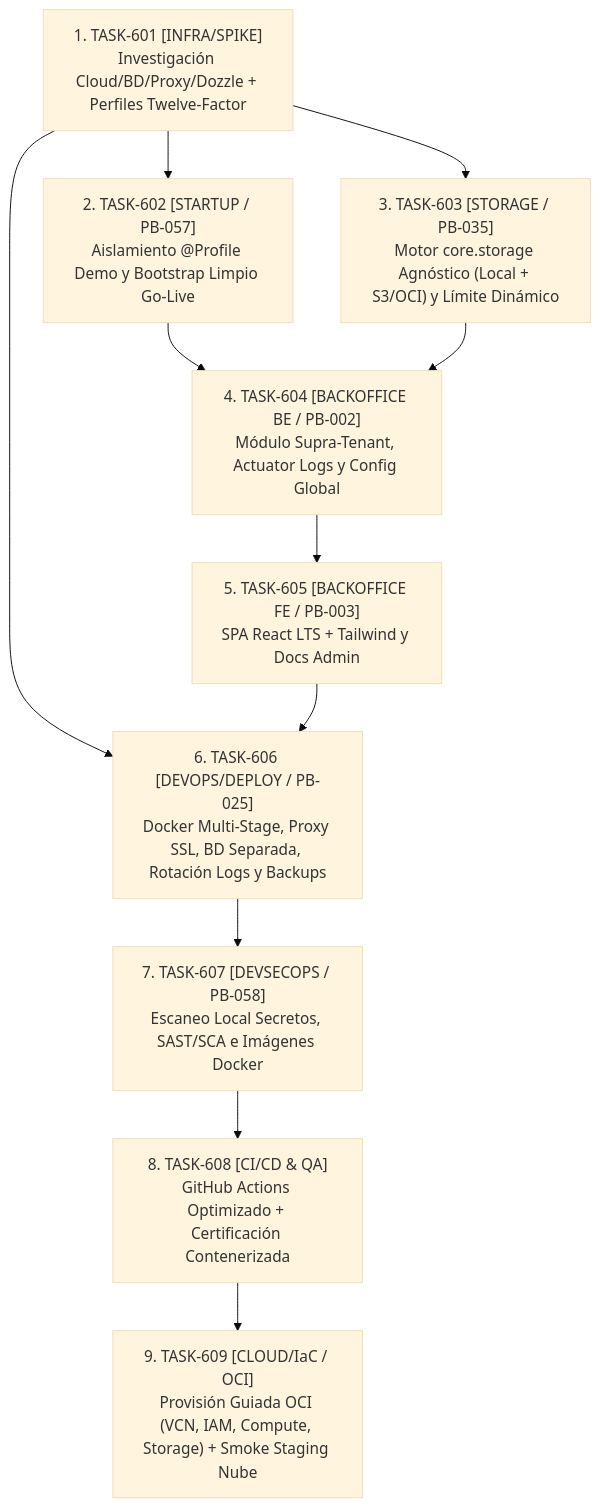
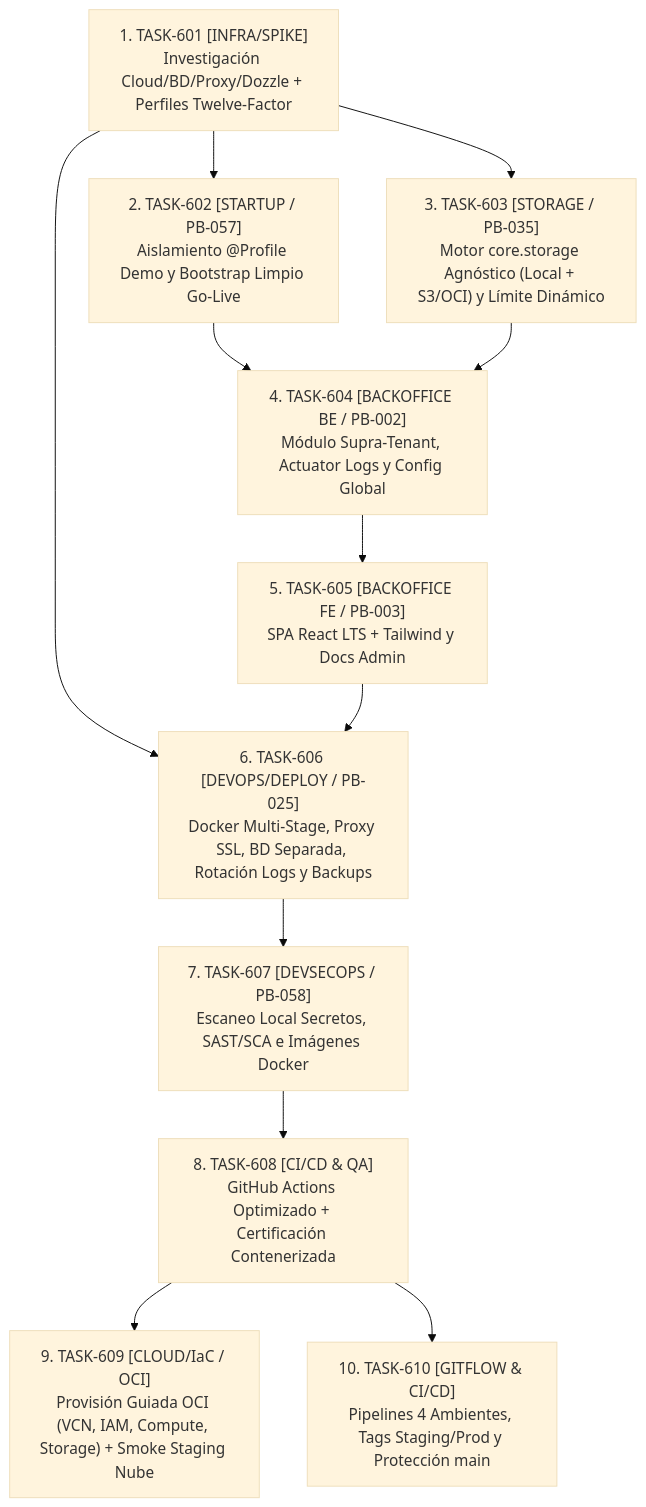
Before and after one commit to vakajose/gestion-restaurante: the diagram in docs/project/sprints/sprint_06_planning.md, drawn with Mermaid (base theme). The commit also changed other lines of this file and 5 other files, not shown here.

Commit message:
ci(gitflow): align 4-environment triggers, release tags and main protection (TASK-610)

````diff
--- a/docs/project/sprints/sprint_06_planning.md
+++ b/docs/project/sprints/sprint_06_planning.md
@@ -31,13 +31,14 @@
 ```mermaid
 flowchart TD
     T601["1. TASK-601 [INFRA/SPIKE]\nInvestigación Cloud/BD/Proxy/Dozzle + Perfiles Twelve-Factor"] --> T602["2. TASK-602 [STARTUP / PB-057]\nAislamiento @Profile Demo y Bootstrap Limpio Go-Live"]
     T601 --> T603["3. TASK-603 [STORAGE / PB-035]\nMotor core.storage Agnóstico (Local + S3/OCI) y Límite Dinámico"]
     T602 --> T604["4. TASK-604 [BACKOFFICE BE / PB-002]\nMódulo Supra-Tenant, Actuator Logs y Config Global"]
     T603 --> T604
     T604 --> T605["5. TASK-605 [BACKOFFICE FE / PB-003]\nSPA React LTS + Tailwind y Docs Admin"]
     T601 --> T606["6. TASK-606 [DEVOPS/DEPLOY / PB-025]\nDocker Multi-Stage, Proxy SSL, BD Separada, Rotación Logs y Backups"]
     T605 --> T606
     T606 --> T607["7. TASK-607 [DEVSECOPS / PB-058]\nEscaneo Local Secretos, SAST/SCA e Imágenes Docker"]
     T607 --> T608["8. TASK-608 [CI/CD & QA]\nGitHub Actions Optimizado + Certificación Contenerizada"]
     T608 --> T609["9. TASK-609 [CLOUD/IaC / OCI]\nProvisión Guiada OCI (VCN, IAM, Compute, Storage) + Smoke Staging Nube"]
+    T608 --> T610["10. TASK-610 [GITFLOW & CI/CD]\nPipelines 4 Ambientes, Tags Staging/Prod y Protección main"]
 ```
````
